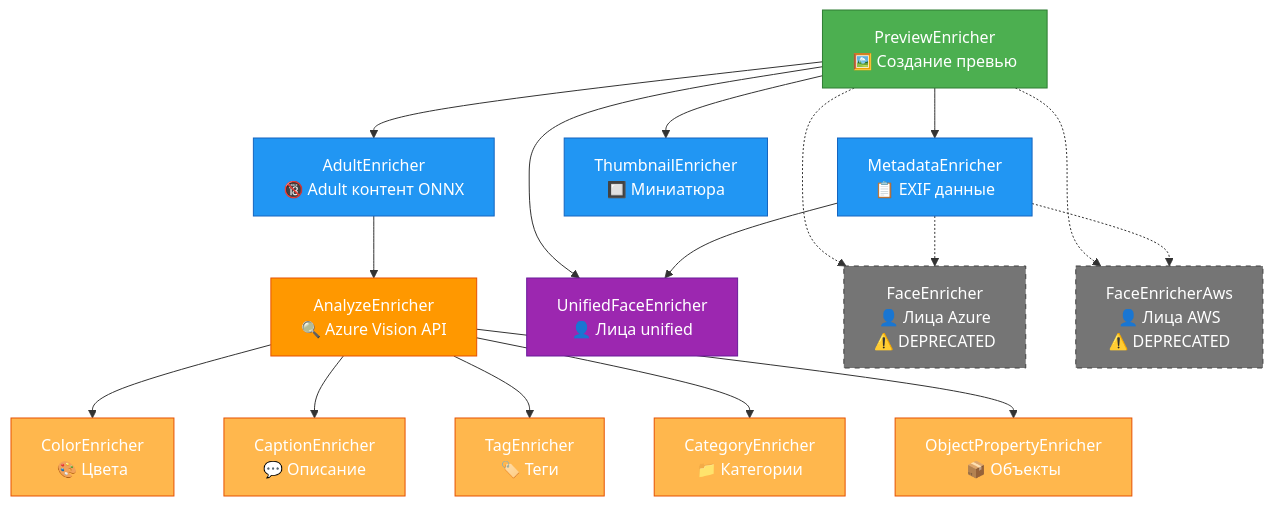
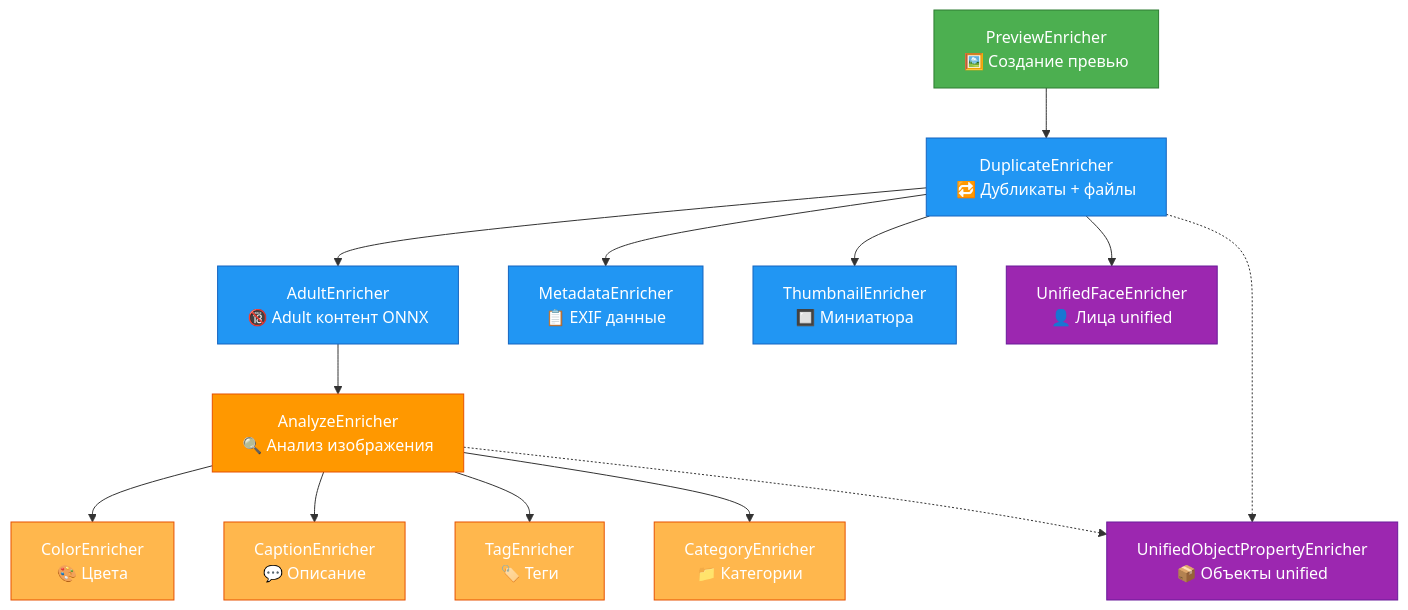
One commit to makhin/PhotoBank changed the first of 2 diagrams in docs/enricher-dependency-diagram.md. Above: the diagram before and after it, drawn with Mermaid. The commit also changed other lines of this file and 1 other file, not shown here.

Commit message:
docs: refresh enricher documentation

````diff
--- a/docs/enricher-dependency-diagram.md
+++ b/docs/enricher-dependency-diagram.md
@@ -5,46 +5,40 @@
 ```mermaid
 graph TD
     %% Корневой энричер
     Preview[PreviewEnricher<br/>🖼️ Создание превью]
 
-    %% Энричеры первого уровня
-    Preview --> Adult[AdultEnricher<br/>🔞 Adult контент ONNX]
-    Preview --> Metadata[MetadataEnricher<br/>📋 EXIF данные]
-    Preview --> Thumbnail[ThumbnailEnricher<br/>🔲 Миниатюра]
+    %% Подготовка и проверка дубликатов
+    Preview --> Duplicate[DuplicateEnricher<br/>🔁 Дубликаты + файлы]
 
-    %% Энричеры второго уровня (зависят от Adult)
-    Adult --> Analyze[AnalyzeEnricher<br/>🔍 Azure Vision API]
+    %% Энричеры базового уровня
+    Duplicate --> Adult[AdultEnricher<br/>🔞 Adult контент ONNX]
+    Duplicate --> Metadata[MetadataEnricher<br/>📋 EXIF данные]
+    Duplicate --> Thumbnail[ThumbnailEnricher<br/>🔲 Миниатюра]
+    Duplicate --> UnifiedFace[UnifiedFaceEnricher<br/>👤 Лица unified]
 
-    %% Энричеры третьего уровня (зависят от Analyze)
+    %% Энричеры анализа
+    Adult --> Analyze[AnalyzeEnricher<br/>🔍 Анализ изображения]
+
+    %% Энричеры детального анализа
     Analyze --> Color[ColorEnricher<br/>🎨 Цвета]
     Analyze --> Caption[CaptionEnricher<br/>💬 Описание]
     Analyze --> Tag[TagEnricher<br/>🏷️ Теги]
     Analyze --> Category[CategoryEnricher<br/>📁 Категории]
-    Analyze --> Object[ObjectPropertyEnricher<br/>📦 Объекты]
 
-    %% Энричер с двойной зависимостью
-    Preview --> UnifiedFace[UnifiedFaceEnricher<br/>👤 Лица unified]
-    Metadata --> UnifiedFace
-
-    %% Устаревшие энричеры
-    Preview -.-> FaceOld[FaceEnricher<br/>👤 Лица Azure<br/>⚠️ DEPRECATED]
-    Metadata -.-> FaceOld
-
-    Preview -.-> FaceAws[FaceEnricherAws<br/>👤 Лица AWS<br/>⚠️ DEPRECATED]
-    Metadata -.-> FaceAws
+    %% Унифицированный энричер объектов (зависимость зависит от провайдера)
+    Analyze -.-> UnifiedObject[UnifiedObjectPropertyEnricher<br/>📦 Объекты unified]
+    Duplicate -.-> UnifiedObject
 
     %% Стили
     classDef root fill:#4CAF50,stroke:#2E7D32,color:#fff
     classDef level1 fill:#2196F3,stroke:#1565C0,color:#fff
     classDef level2 fill:#FF9800,stroke:#E65100,color:#fff
     classDef level3 fill:#FFB74D,stroke:#E65100,color:#fff
     classDef unified fill:#9C27B0,stroke:#6A1B9A,color:#fff
-    classDef deprecated fill:#757575,stroke:#424242,color:#fff,stroke-dasharray: 5 5
 
     class Preview root
-    class Metadata,Thumbnail,Adult level1
+    class Duplicate,Metadata,Thumbnail,Adult level1
     class Analyze level2
-    class Color,Caption,Tag,Category,Object level3
-    class UnifiedFace unified
-    class FaceOld,FaceAws deprecated
+    class Color,Caption,Tag,Category level3
+    class UnifiedFace,UnifiedObject unified
 ```
````
